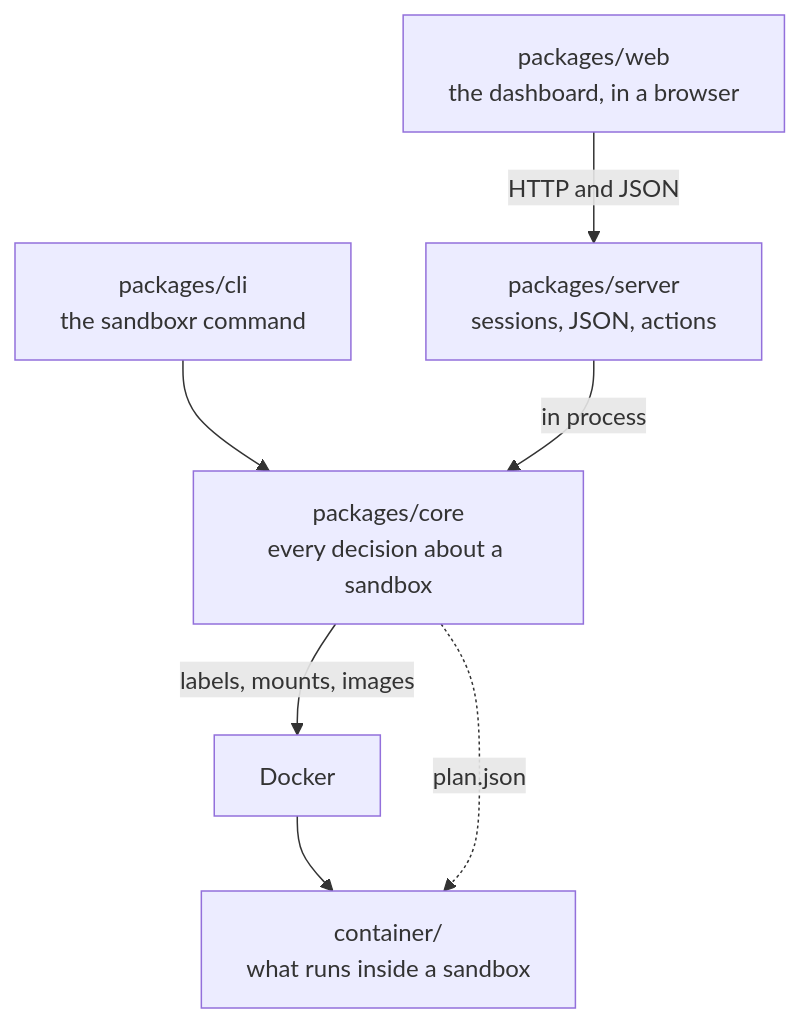
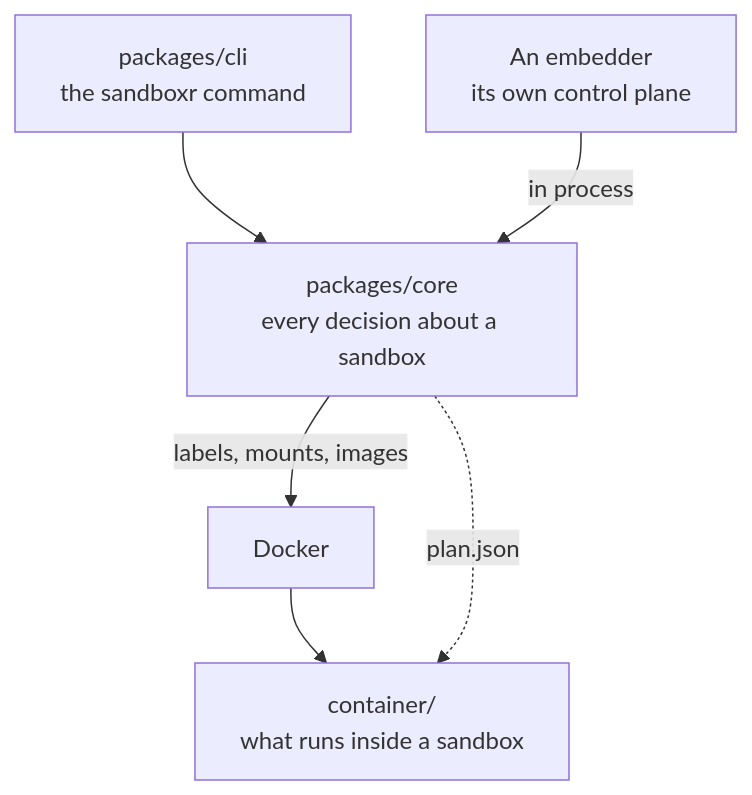
Before and after one commit to mattmoran56/sandboxer-core: the diagram in docs/architecture/index.md, drawn with Mermaid. The commit also changed other lines of this file and 4 other files, not shown here.

First line of the commit message:
docs(architecture): describe the five packages that are here

````diff
--- a/docs/architecture/index.md
+++ b/docs/architecture/index.md
@@ -53,15 +56,13 @@
 ```mermaid
 flowchart TB
   cli["packages/cli<br/>the sandboxr command"]
-  web["packages/web<br/>the dashboard, in a browser"]
-  srv["packages/server<br/>sessions, JSON, actions"]
+  emb["An embedder<br/>its own control plane"]
   core["packages/core<br/>every decision about a sandbox"]
   dk["Docker"]
   box["container/<br/>what runs inside a sandbox"]
   cli --> core
-  web -->|"HTTP and JSON"| srv
-  srv -->|"in process"| core
+  emb -->|"in process"| core
   core -->|"labels, mounts, images"| dk
   dk --> box
   core -.->|"plan.json"| box
 ```
````
